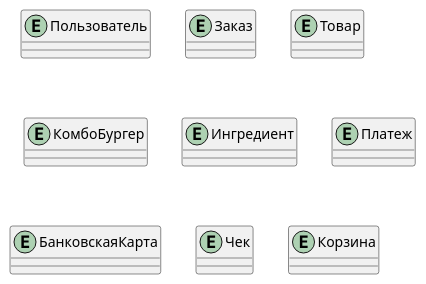
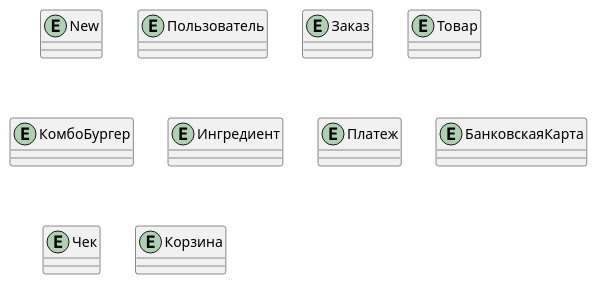
The diagram in data-models/models.puml (West1572/otus-practicum), drawn with PlantUML before and after one commit.

```diff
--- a/data-models/models.puml
+++ b/data-models/models.puml
@@ -1,33 +1,36 @@
 @startuml
+entity New {
+}
+
 entity Пользователь {
 }
 
 entity Заказ {
 }
 
 entity Товар {
 }
 
 entity КомбоБургер {
 }
 
 entity Ингредиент {
 
 }
 
 
 entity Платеж {
 
 }
 
 entity БанковскаяКарта {
 
 }
 
 
 entity Чек {
 }
 
 entity Корзина {
 }
 @enduml
```
